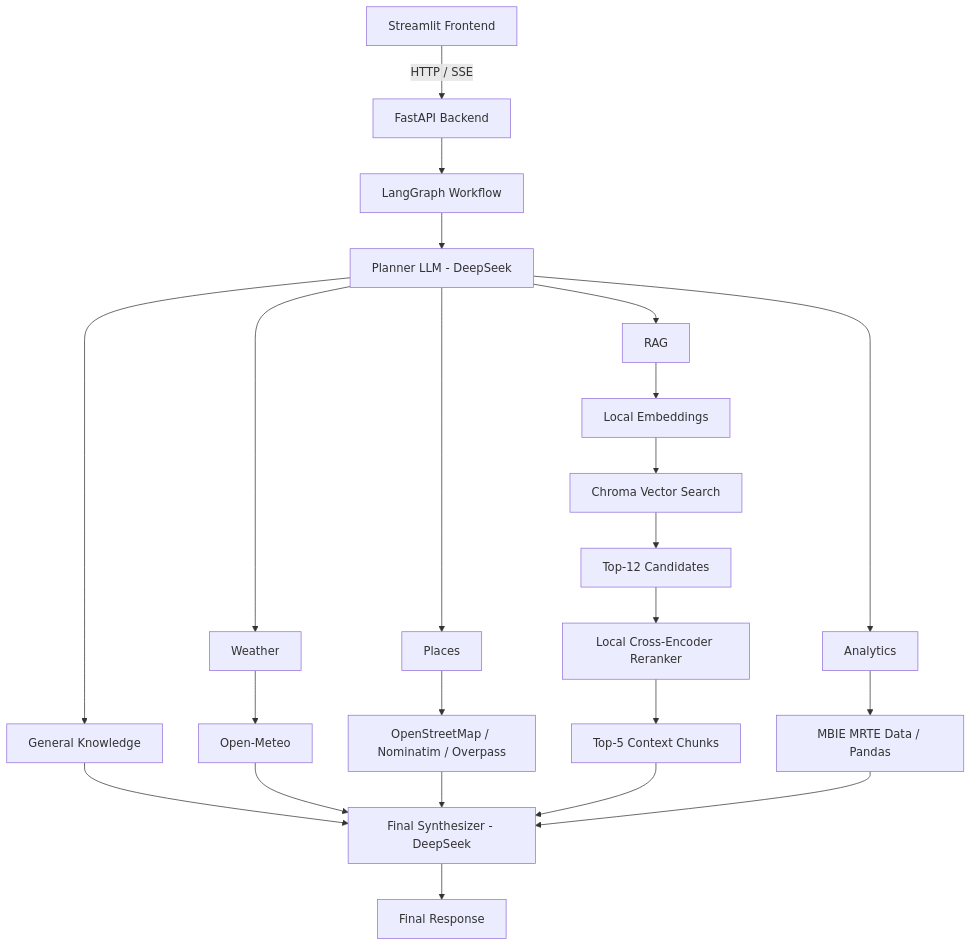
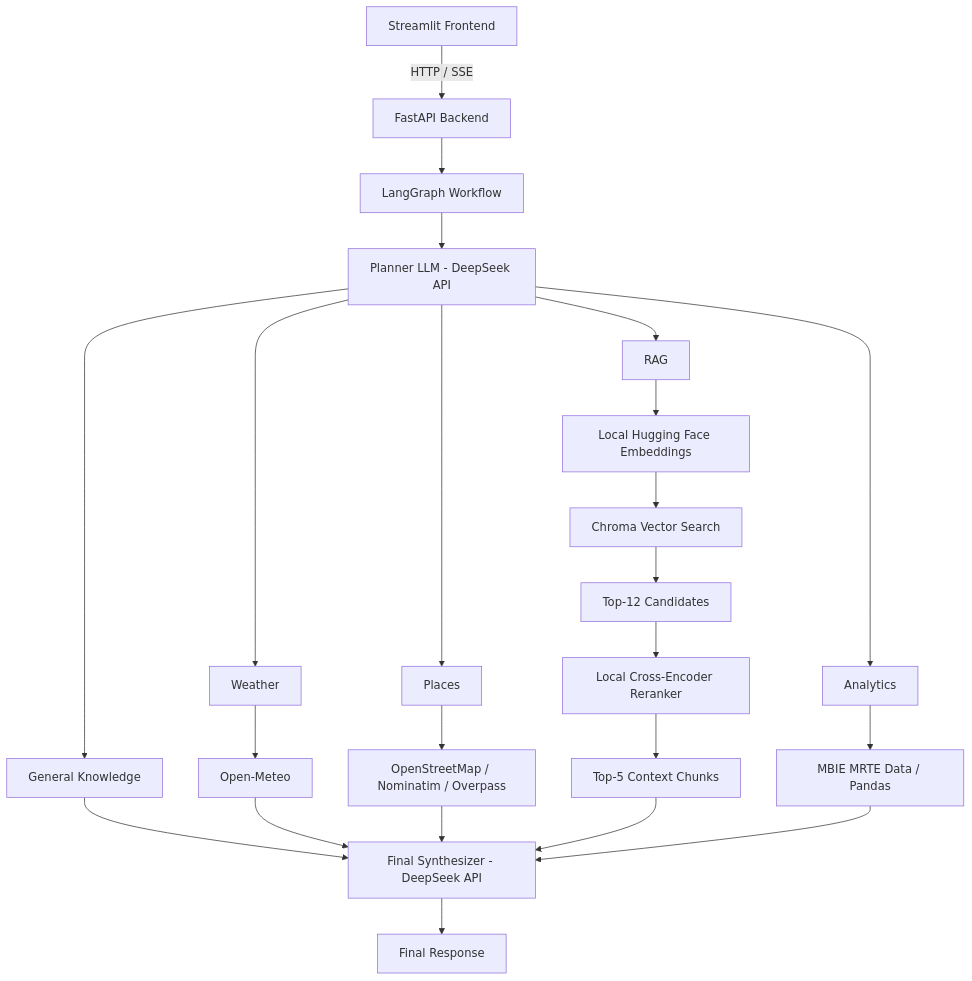
Before and after one commit to lny926/agentic-travel-assistant-nz: the diagram in README.md, drawn with Mermaid. The commit also changed other lines of this file and 10 other files, not shown here.

````diff
--- a/README.md
+++ b/README.md
@@ -64,31 +49,31 @@
 ```mermaid
 flowchart TD
     A[Streamlit Frontend] -->|HTTP / SSE| B[FastAPI Backend]
     B --> C[LangGraph Workflow]
-    C --> D[Planner LLM - DeepSeek]
+    C --> D[Planner LLM - DeepSeek API]
 
     D --> E[General Knowledge]
     D --> F[Weather]
     D --> G[Places]
     D --> H[RAG]
     D --> I[Analytics]
 
     F --> F1[Open-Meteo]
     G --> G1[OpenStreetMap / Nominatim / Overpass]
 
-    H --> H1[Local Embeddings]
+    H --> H1[Local Hugging Face Embeddings]
     H1 --> H2[Chroma Vector Search]
     H2 --> H3[Top-12 Candidates]
     H3 --> H4[Local Cross-Encoder Reranker]
     H4 --> H5[Top-5 Context Chunks]
 
     I --> I1[MBIE MRTE Data / Pandas]
 
-    E --> J[Final Synthesizer - DeepSeek]
+    E --> J[Final Synthesizer - DeepSeek API]
     F1 --> J
     G1 --> J
     H5 --> J
     I1 --> J
 
     J --> K[Final Response]
 ```
````
